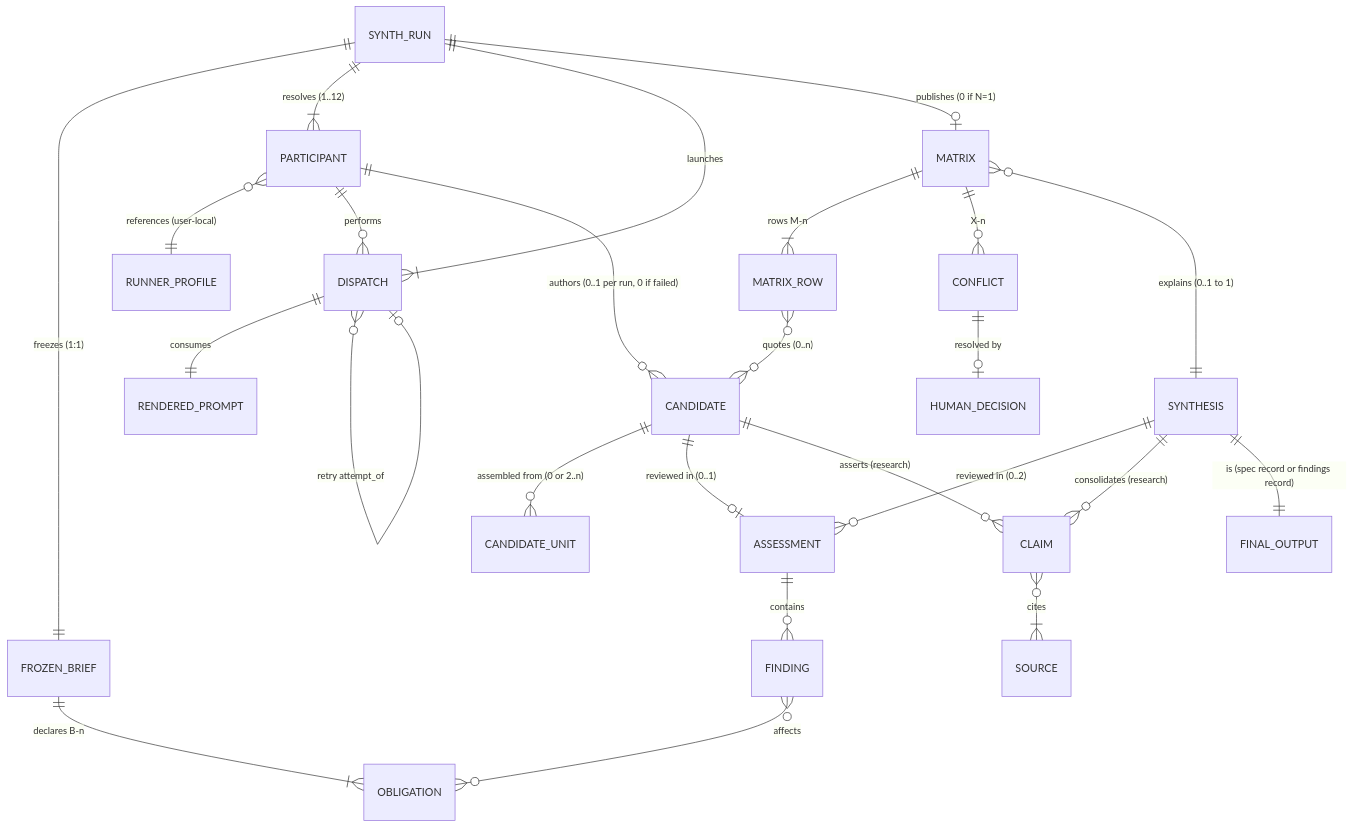
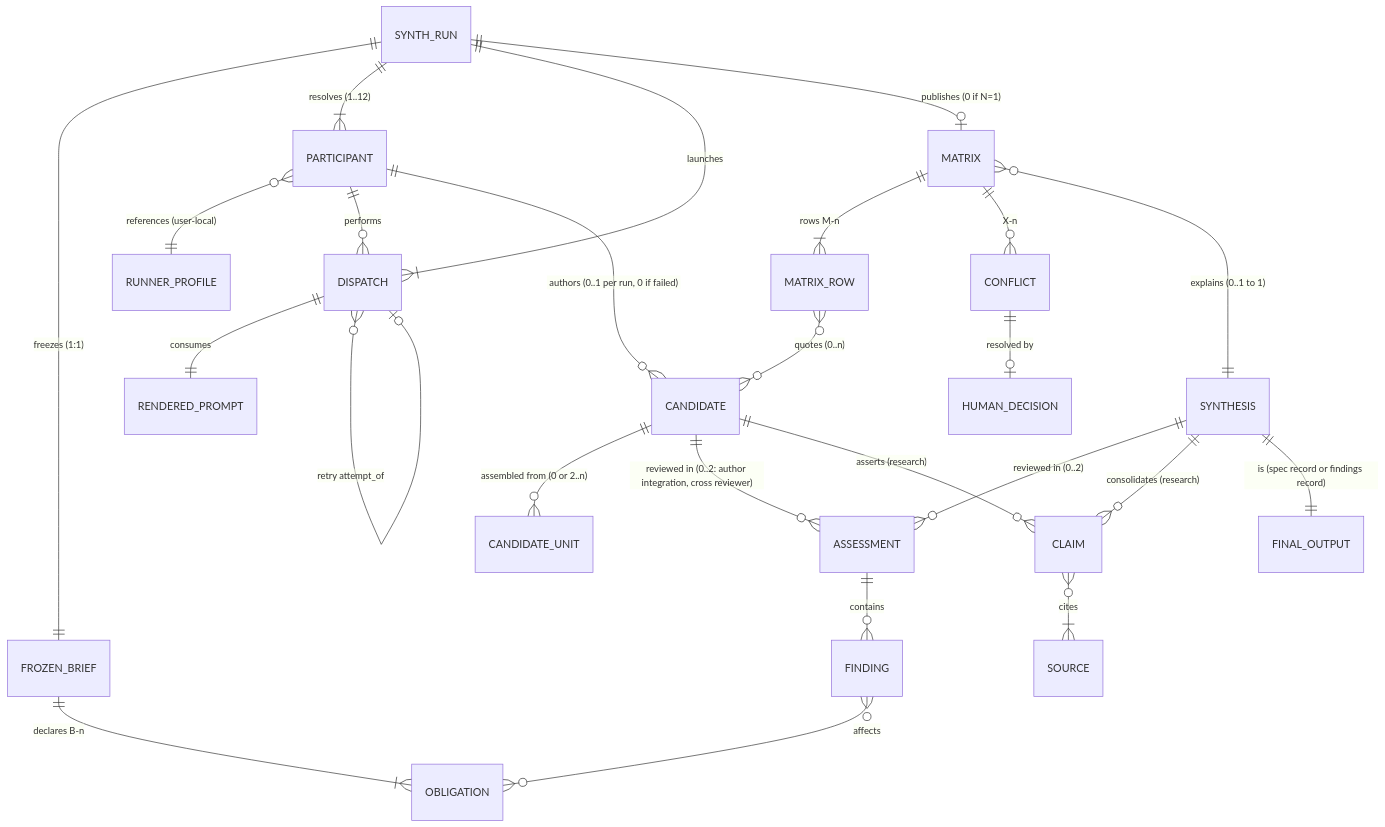
The first of 4 diagrams in .aw/records/specs/draft/20261024-specflow-03-yfz5u9-spec-research-synthesis.spec.md (fariello/agent-workflows), drawn with Mermaid before and after one commit. The commit also changed other lines of this file and 1 other file, not shown here.

First line of the commit message:
docs(specs): refinement iteration 8 of candidate spec yfz5u9 (prompt khjc70; record yibf7z)

````diff
--- a/.aw/records/specs/draft/20261024-specflow-03-yfz5u9-spec-research-synthesis.spec.md
+++ b/.aw/records/specs/draft/20261024-specflow-03-yfz5u9-spec-research-synthesis.spec.md
@@ -752,27 +759,27 @@
 ```mermaid
 erDiagram
     SYNTH_RUN ||--|| FROZEN_BRIEF : "freezes (1:1)"
     SYNTH_RUN ||--|{ PARTICIPANT : "resolves (1..12)"
     PARTICIPANT }o--|| RUNNER_PROFILE : "references (user-local)"
     FROZEN_BRIEF ||--|{ OBLIGATION : "declares B-n"
     SYNTH_RUN ||--|{ DISPATCH : "launches"
     DISPATCH ||--|| RENDERED_PROMPT : "consumes"
     DISPATCH }o--o| DISPATCH : "retry attempt_of"
     PARTICIPANT ||--o{ DISPATCH : "performs"
     PARTICIPANT ||--o{ CANDIDATE : "authors (0..1 per run, 0 if failed)"
     CANDIDATE ||--o{ CANDIDATE_UNIT : "assembled from (0 or 2..n)"
-    CANDIDATE ||--o| ASSESSMENT : "reviewed in (0..1)"
+    CANDIDATE ||--o{ ASSESSMENT : "reviewed in (0..2: author integration, cross reviewer)"
     SYNTHESIS ||--o{ ASSESSMENT : "reviewed in (0..2)"
     ASSESSMENT ||--o{ FINDING : "contains"
     FINDING }o--o{ OBLIGATION : "affects"
     SYNTH_RUN ||--o| MATRIX : "publishes (0 if N=1)"
     MATRIX ||--|{ MATRIX_ROW : "rows M-n"
     MATRIX_ROW }o--o{ CANDIDATE : "quotes (0..n)"
     MATRIX ||--o{ CONFLICT : "X-n"
     CONFLICT ||--o| HUMAN_DECISION : "resolved by"
     MATRIX }o--|| SYNTHESIS : "explains (0..1 to 1)"
     CANDIDATE ||--o{ CLAIM : "asserts (research)"
     CLAIM }o--|{ SOURCE : "cites"
     SYNTHESIS ||--o{ CLAIM : "consolidates (research)"
     SYNTHESIS ||--|| FINAL_OUTPUT : "is (spec record or findings record)"
 ```
````
